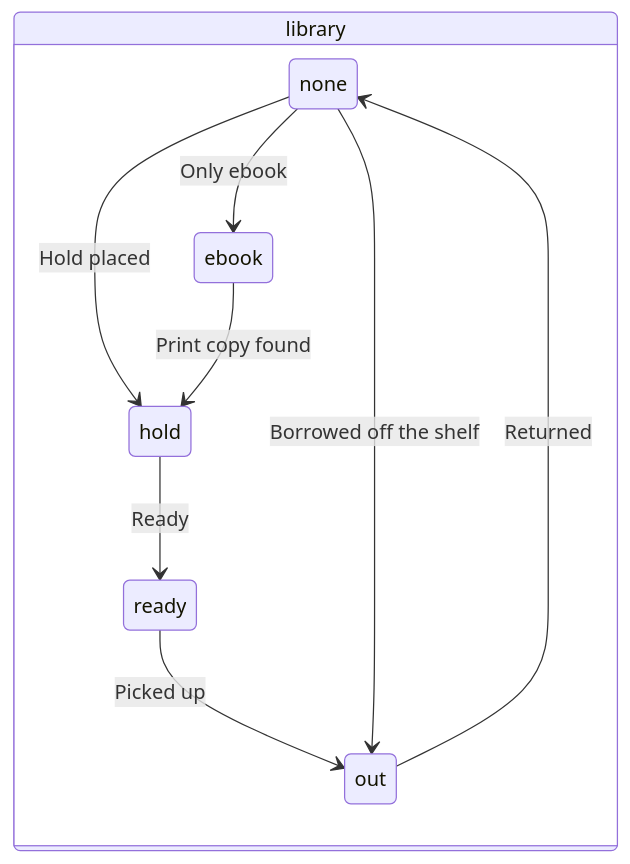
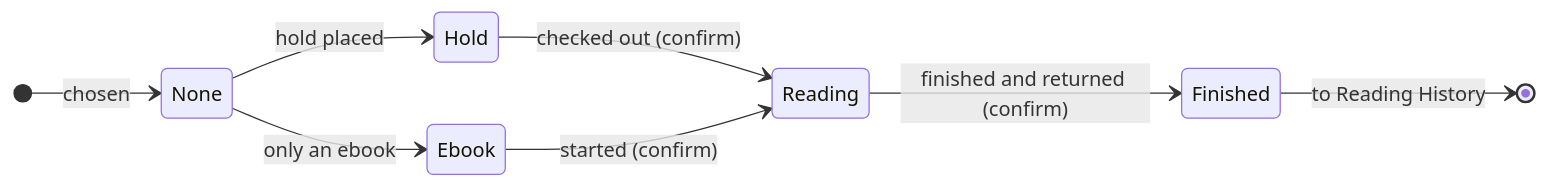
The diagram in docs/2026-10-19_data-model-and-wishlist-options.md (seanlin-larc/reads), drawn with Mermaid before and after one commit. The commit also changed other lines of this file and 4 other files, not shown here.

````diff
--- a/docs/2026-10-19_data-model-and-wishlist-options.md
+++ b/docs/2026-10-19_data-model-and-wishlist-options.md
@@ -81,13 +28,11 @@
 ```mermaid
 stateDiagram-v2
   direction LR
-  state "library" as L {
-    none --> hold: Hold placed
-    hold --> ready: Ready
-    ready --> out: Picked up
-    none --> out: Borrowed off the shelf
-    out --> none: Returned
-    none --> ebook: Only ebook
-    ebook --> hold: Print copy found
-  }
+  [*] --> None: chosen
+  None --> Hold: hold placed
+  None --> Ebook: only an ebook
+  Hold --> Reading: checked out (confirm)
+  Ebook --> Reading: started (confirm)
+  Reading --> Finished: finished and returned (confirm)
+  Finished --> [*]: to Reading History
 ```
````
